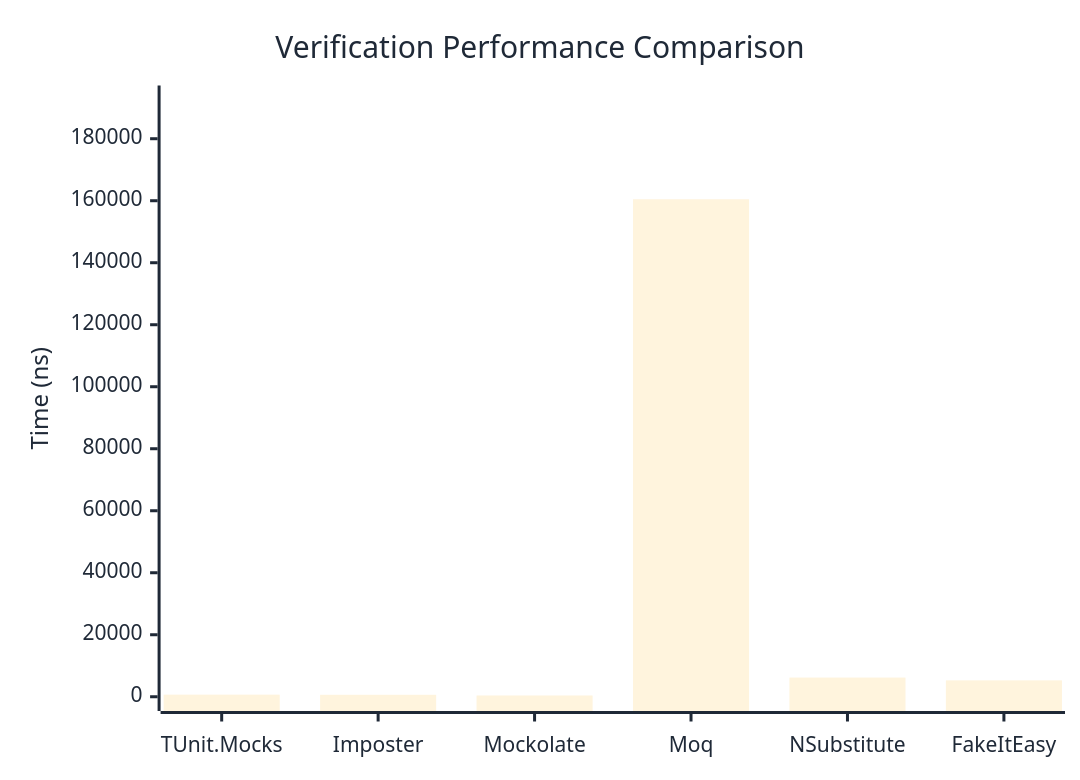
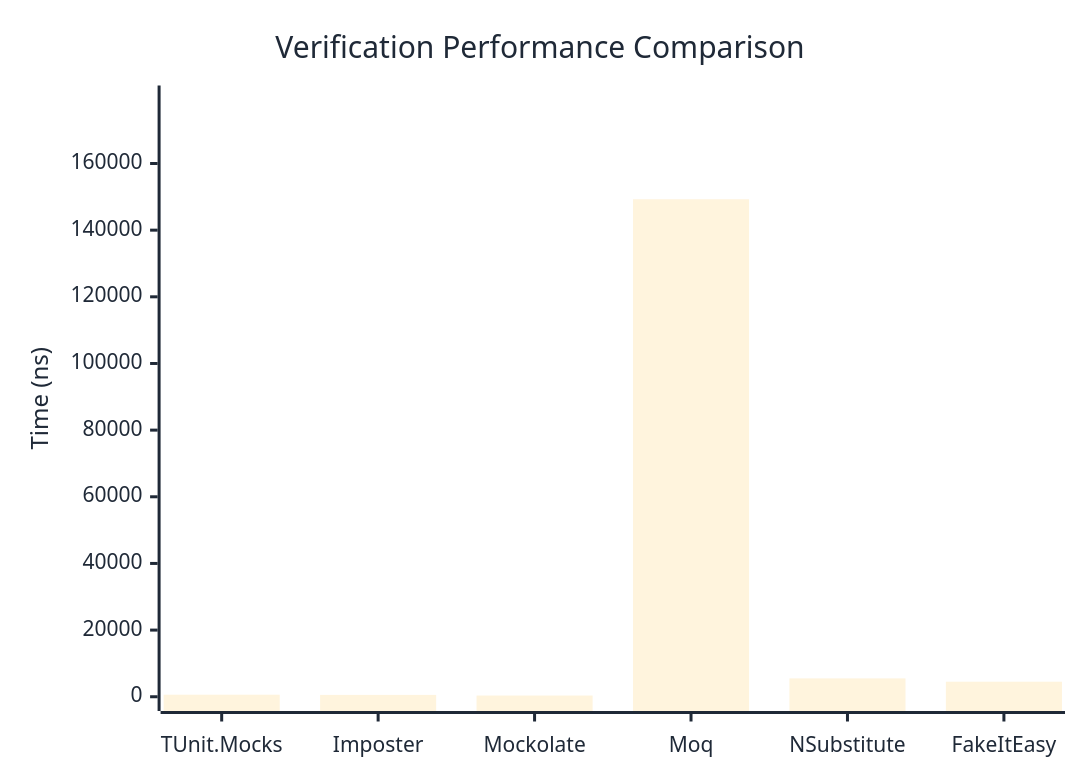
The first of 3 diagrams in docs/docs/benchmarks/mocks/Verification.md (thomhurst/TUnit), drawn with Mermaid before and after one commit. The commit also changed other lines of this file and 14 other files, not shown here.

````diff
--- a/docs/docs/benchmarks/mocks/Verification.md
+++ b/docs/docs/benchmarks/mocks/Verification.md
@@ -30,27 +30,27 @@
 ```mermaid
 %%{init: {
   'theme':'base',
   'themeVariables': {
     'primaryColor': '#2563eb',
     'primaryTextColor': '#1f2937',
     'primaryBorderColor': '#1e40af',
     'lineColor': '#6b7280',
     'secondaryColor': '#7c3aed',
     'tertiaryColor': '#dc2626',
     'background': '#ffffff',
     'pie1': '#2563eb',
     'pie2': '#7c3aed',
     'pie3': '#dc2626',
     'pie4': '#f59e0b',
     'pie5': '#10b981',
     'pie6': '#06b6d4',
     'pie7': '#ec4899',
     'pie8': '#6366f1'
   }
 }}%%
 xychart-beta
   title "Verification Performance Comparison"
   x-axis ["TUnit.Mocks", "Imposter", "Mockolate", "Moq", "NSubstitute", "FakeItEasy"]
-  y-axis "Time (ns)" 0 --> 192569
-  bar [676.83, 634.95, 406.44, 160473.72, 6187.5, 5283.56]
+  y-axis "Time (ns)" 0 --> 179128
+  bar [614.37, 553.42, 365.87, 149272.81, 5509.19, 4515.89]
 ```
````
